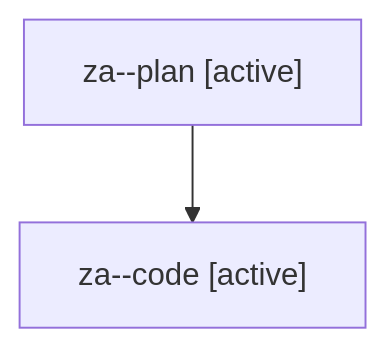
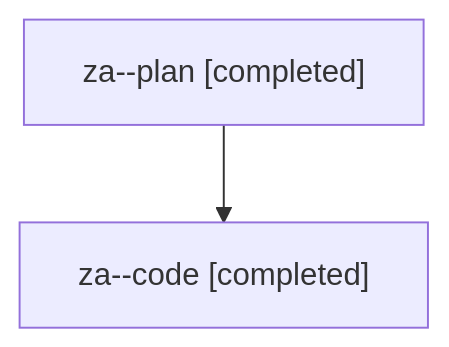
The diagram in families/bbugyi200.athena.za.md (sase-org/sase--agents), drawn with Mermaid before and after one commit. The commit also changed other lines of this file and 1607 other files, not shown here.

````diff
--- a/families/bbugyi200.athena.za.md
+++ b/families/bbugyi200.athena.za.md
@@ -9,6 +9,6 @@
 ```mermaid
 flowchart TD
-  n0["za--plan [active]"]
-  n1["za--code [active]"]
+  n0["za--plan [completed]"]
+  n1["za--code [completed]"]
   n0 --> n1
 ```
````
